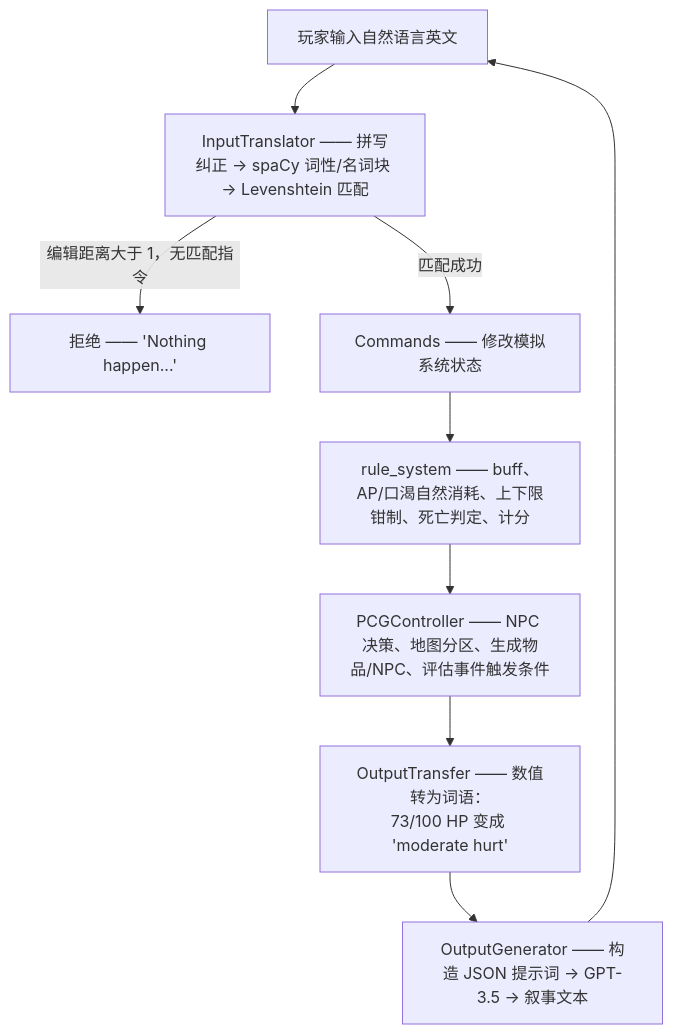
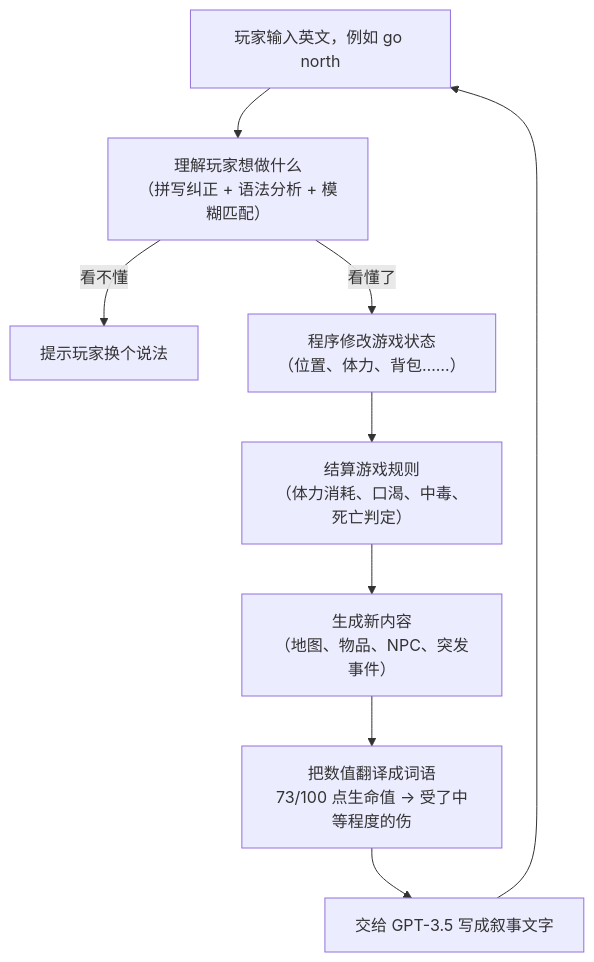
The diagram in README.zh-CN.md (keepOrCounter/Third_year_project_IFadGame), drawn with Mermaid before and after one commit. The commit also changed other lines of this file and 1 other file, not shown here.

````diff
--- a/README.zh-CN.md
+++ b/README.zh-CN.md
@@ -36,11 +92,11 @@
 ```mermaid
 flowchart TD
-    A["玩家输入自然语言英文"] --> B["InputTranslator —— 拼写纠正 → spaCy 词性/名词块 → Levenshtein 匹配"]
-    B -->|"编辑距离大于 1，无匹配指令"| Z["拒绝 —— 'Nothing happen...'"]
-    B -->|"匹配成功"| C["Commands —— 修改模拟系统状态"]
-    C --> D["rule_system —— buff、AP/口渴自然消耗、上下限钳制、死亡判定、计分"]
-    D --> E["PCGController —— NPC 决策、地图分区、生成物品/NPC、评估事件触发条件"]
-    E --> F["OutputTransfer —— 数值转为词语：<br/>73/100 HP 变成 'moderate hurt'"]
-    F --> G["OutputGenerator —— 构造 JSON 提示词 → GPT-3.5 → 叙事文本"]
+    A["玩家输入英文，例如 go north"] --> B["理解玩家想做什么<br/>（拼写纠正 + 语法分析 + 模糊匹配）"]
+    B -->|"看不懂"| Z["提示玩家换个说法"]
+    B -->|"看懂了"| C["程序修改游戏状态<br/>（位置、体力、背包……）"]
+    C --> D["结算游戏规则<br/>（体力消耗、口渴、中毒、死亡判定）"]
+    D --> E["生成新内容<br/>（地图、物品、NPC、突发事件）"]
+    E --> F["把数值翻译成词语<br/>73/100 点生命值 → 受了中等程度的伤"]
+    F --> G["交给 GPT-3.5 写成叙事文字"]
     G --> A
 ```
````
